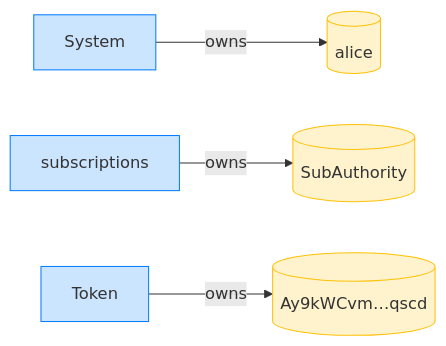
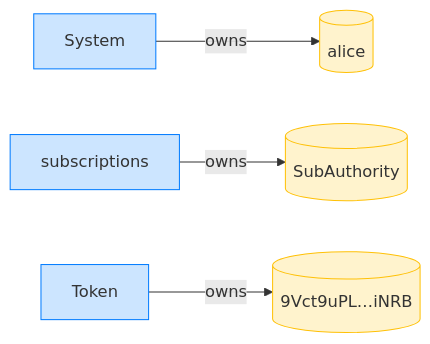
The fourth of 12 diagrams in dsl_tests/cancel-rejects-a-stale-account-version.md (cds-rs/subscriptions), drawn with Mermaid before and after one commit. The commit also changed other lines of this file and 224 other files, not shown here.

````diff
--- a/dsl_tests/cancel-rejects-a-stale-account-version.md
+++ b/dsl_tests/cancel-rejects-a-stale-account-version.md
@@ -73,14 +78,14 @@
 ```mermaid
 flowchart LR
     classDef owner fill:#cce5ff,stroke:#007bff;
     classDef account fill:#fff3cd,stroke:#ffc107;
     System[System]:::owner
     alice[(alice)]:::account
     subscriptions[subscriptions]:::owner
     SubAuthority[(SubAuthority)]:::account
     Token[Token]:::owner
-    Ay9kWCvm_qscd[("Ay9kWCvm…qscd")]:::account
+    9Vct9uPL_iNRB[("9Vct9uPL…iNRB")]:::account
     System -->|owns| alice
     subscriptions -->|owns| SubAuthority
-    Token -->|owns| Ay9kWCvm_qscd
+    Token -->|owns| 9Vct9uPL_iNRB
 ```
````
